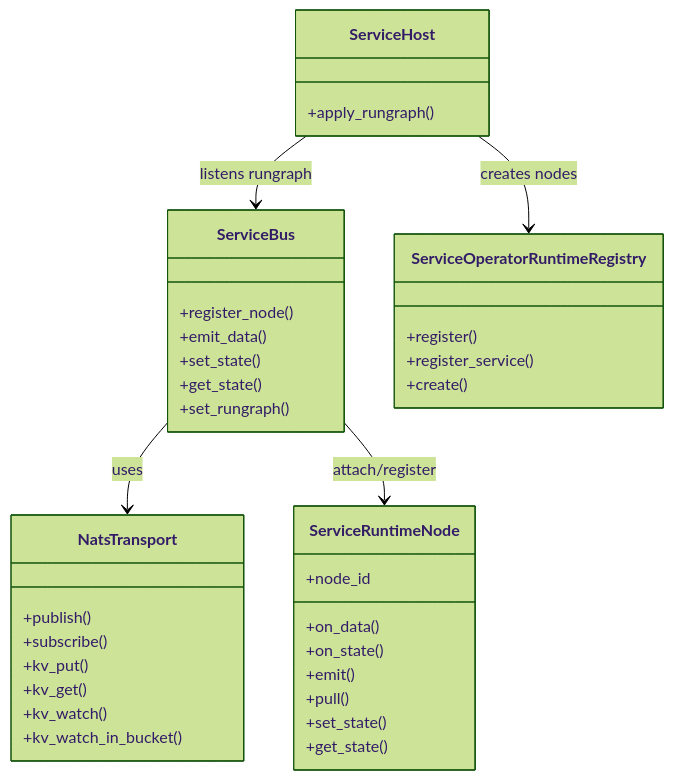
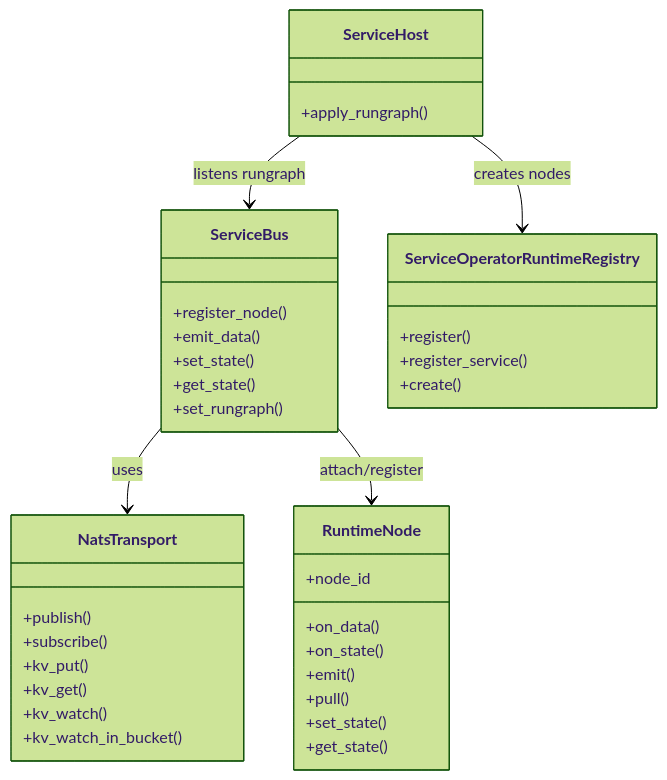
Before and after one commit to feel8-fun/f8studio: the first of 11 diagrams in docs/design/pysdk-runtime.md, drawn with Mermaid (forest theme). The commit also changed other lines of this file and 10 other files, not shown here.

Commit message:
refactor: rename ServiceRuntimeNode to RuntimeNode and update related classes for clarity

````diff
--- a/docs/design/pysdk-runtime.md
+++ b/docs/design/pysdk-runtime.md
@@ -20,44 +20,44 @@
 ```mermaid
 classDiagram
-    class ServiceRuntimeNode {
+    class RuntimeNode {
       +node_id
       +on_data()
       +on_state()
       +emit()
       +pull()
       +set_state()
       +get_state()
     }
 
     class ServiceBus {
       +register_node()
       +emit_data()
       +set_state()
       +get_state()
       +set_rungraph()
     }
 
     class ServiceHost {
       +apply_rungraph()
     }
 
     class ServiceOperatorRuntimeRegistry {
       +register()
       +register_service()
       +create()
     }
 
     class NatsTransport {
       +publish()
       +subscribe()
       +kv_put()
       +kv_get()
       +kv_watch()
       +kv_watch_in_bucket()
     }
 
     ServiceBus --> NatsTransport : uses
-    ServiceBus --> ServiceRuntimeNode : attach/register
+    ServiceBus --> RuntimeNode : attach/register
     ServiceHost --> ServiceBus : listens rungraph
     ServiceHost --> ServiceOperatorRuntimeRegistry : creates nodes
 ```
````
